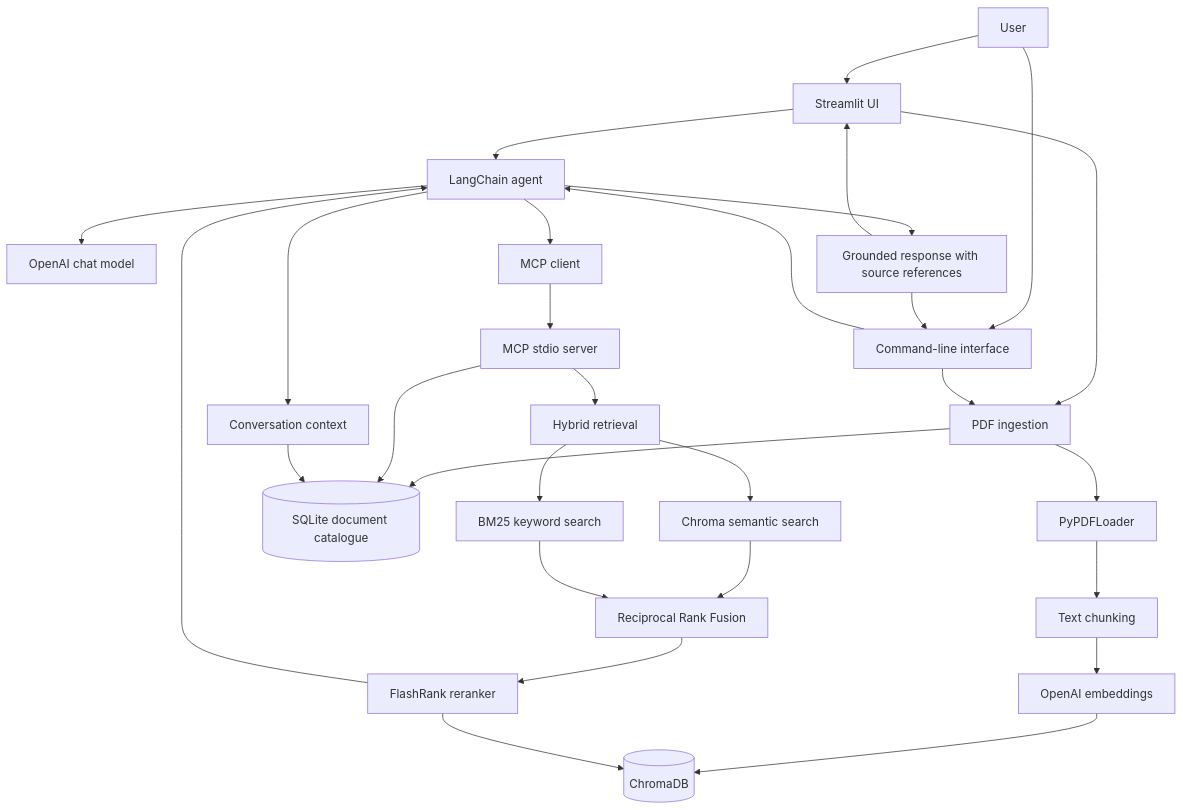
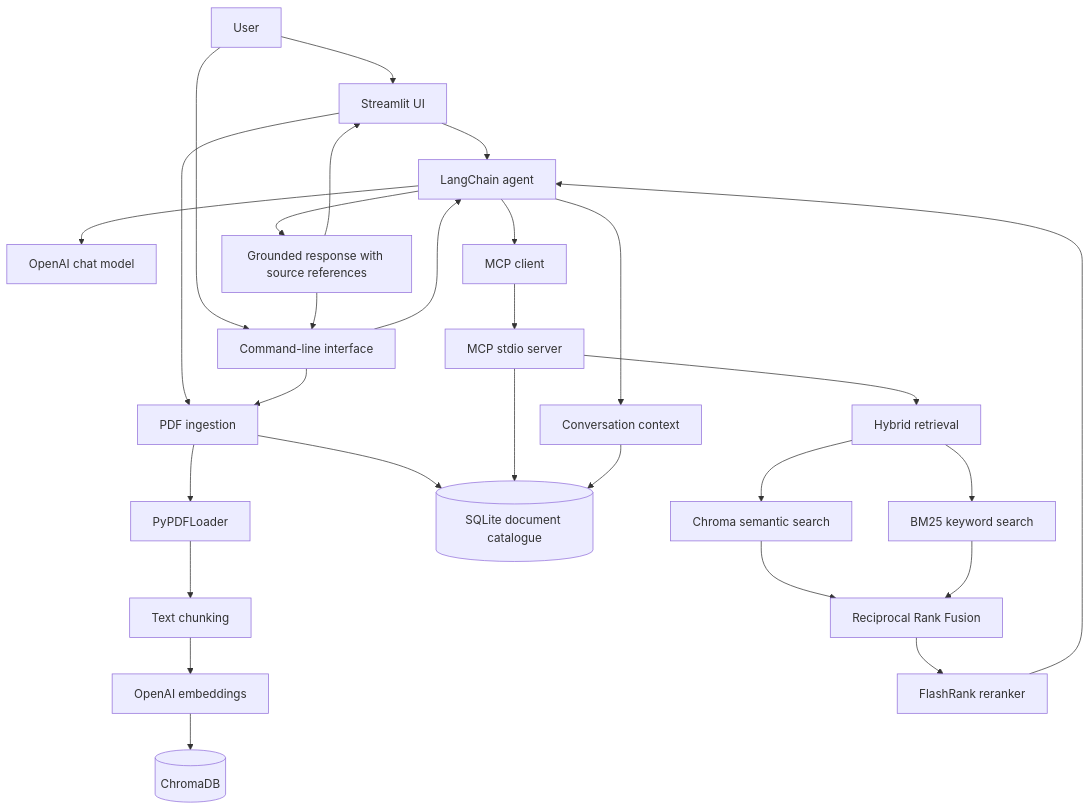
Before and after one commit to bhoomireddyvijayakumari/research-knowledge-assistant: the diagram in README.md, drawn with Mermaid. The commit also changed other lines of this file, not shown here.

````diff
--- a/README.md
+++ b/README.md
@@ -51,34 +55,35 @@
 ```mermaid
 flowchart TD
     USER[User] --> UI[Streamlit UI]
     USER --> CLI[Command-line interface]
 
     UI --> INGEST[PDF ingestion]
     CLI --> INGEST
     INGEST --> LOAD[PyPDFLoader]
     LOAD --> SPLIT[Text chunking]
     SPLIT --> EMB[OpenAI embeddings]
     EMB --> CHROMA[(ChromaDB)]
     INGEST --> SQLITE[(SQLite document catalogue)]
 
     UI --> AGENT[LangChain agent]
     CLI --> AGENT
     AGENT --> LLM[OpenAI chat model]
     AGENT --> MCP[MCP client]
     MCP --> SERVER[MCP stdio server]
+
     SERVER --> HYBRID[Hybrid retrieval]
     HYBRID --> VECTOR[Chroma semantic search]
     HYBRID --> BM25[BM25 keyword search]
     VECTOR --> FUSION[Reciprocal Rank Fusion]
     BM25 --> FUSION
     FUSION --> RERANK[FlashRank reranker]
-    RERANK --> CHROMA
-    SERVER --> SQLITE
     RERANK --> AGENT
 
+    SERVER --> SQLITE
     AGENT --> HISTORY[Conversation context]
     HISTORY --> SQLITE
+
     AGENT --> ANSWER[Grounded response with source references]
     ANSWER --> UI
     ANSWER --> CLI
 ```
````
